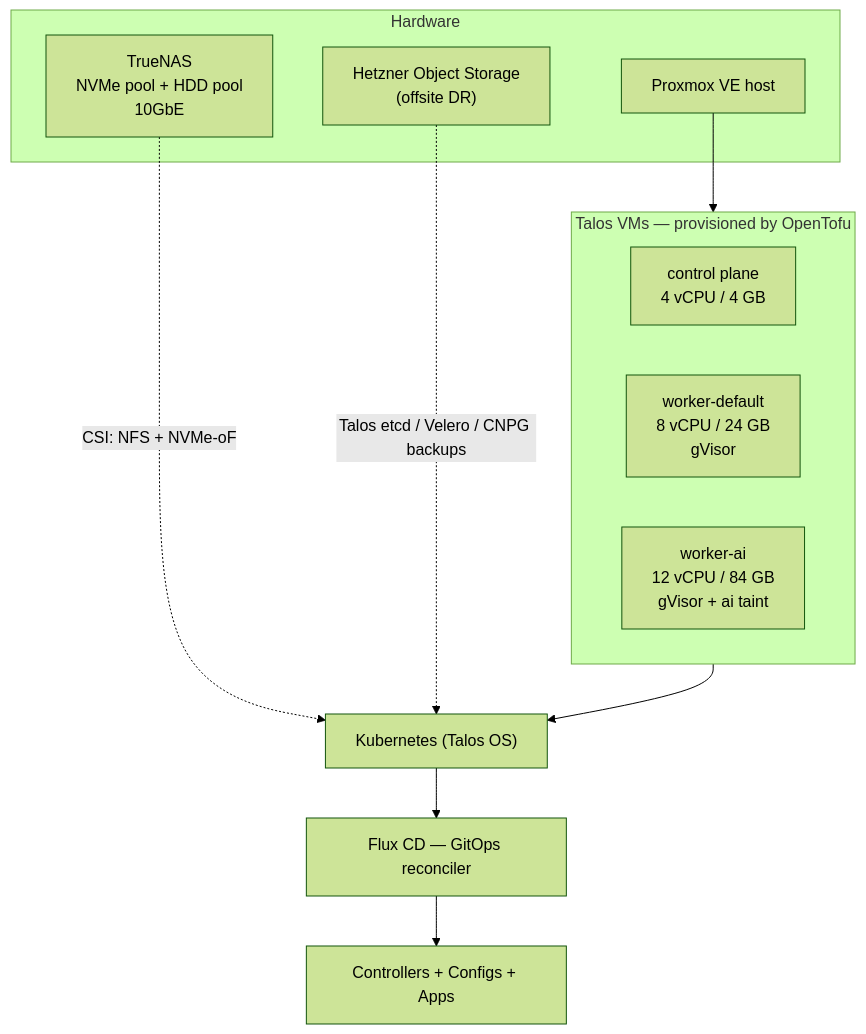
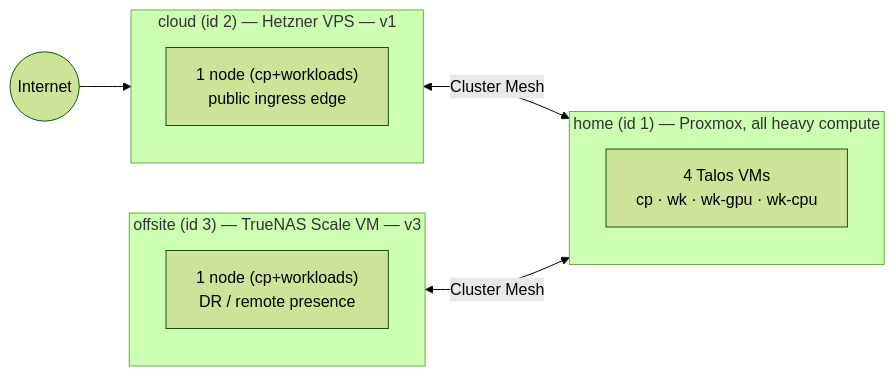
Before and after one commit to ngoldack/homelab: the first of 6 diagrams in docs/architecture.md, drawn with Mermaid (forest theme). The commit also changed other lines of this file and 320 other files, not shown here.

````diff
--- a/docs/architecture.md
+++ b/docs/architecture.md
@@ -17,22 +25,16 @@
 ```mermaid
-flowchart TD
-  subgraph HW["Hardware"]
-    PVE["Proxmox VE host"]
-    TNS["TrueNAS<br/>NVMe pool + HDD pool<br/>10GbE"]
-    HZ["Hetzner Object Storage<br/>(offsite DR)"]
+flowchart LR
+  subgraph HL["home (id 1) — Proxmox, all heavy compute"]
+    direction TB
+    HLk["4 Talos VMs<br/>cp · wk · wk-gpu · wk-cpu"]
   end
-
-  subgraph VM["Talos VMs — provisioned by OpenTofu"]
-    CP["control plane<br/>4 vCPU / 4 GB"]
-    WD["worker-default<br/>8 vCPU / 24 GB<br/>gVisor"]
-    WAI["worker-ai<br/>12 vCPU / 84 GB<br/>gVisor + ai taint"]
+  subgraph CL["cloud (id 2) — Hetzner VPS — v1"]
+    CLk["1 node (cp+workloads)<br/>public ingress edge"]
   end
-
-  PVE --> VM
-  VM --> K8S["Kubernetes (Talos OS)"]
-  K8S --> FLUX["Flux CD — GitOps reconciler"]
-  FLUX --> WL["Controllers + Configs + Apps"]
-
-  TNS -. "CSI: NFS + NVMe-oF" .-> K8S
-  HZ -. "Talos etcd / Velero / CNPG backups" .-> K8S
+  subgraph OS["offsite (id 3) — TrueNAS Scale VM — v3"]
+    OSk["1 node (cp+workloads)<br/>DR / remote presence"]
+  end
+  Internet(("Internet")) --> CL
+  CL <-->|Cluster Mesh| HL
+  OS <-->|Cluster Mesh| HL
 ```
````
